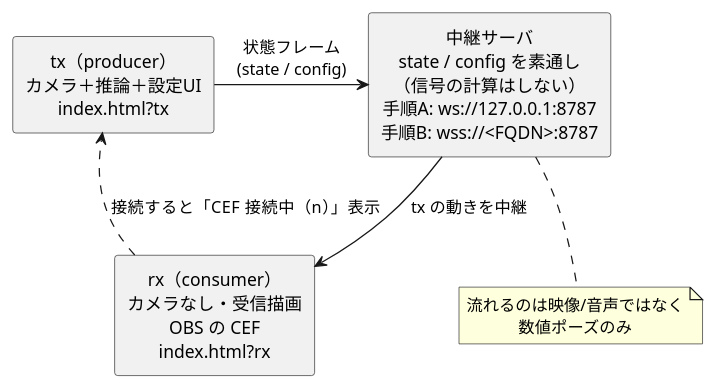
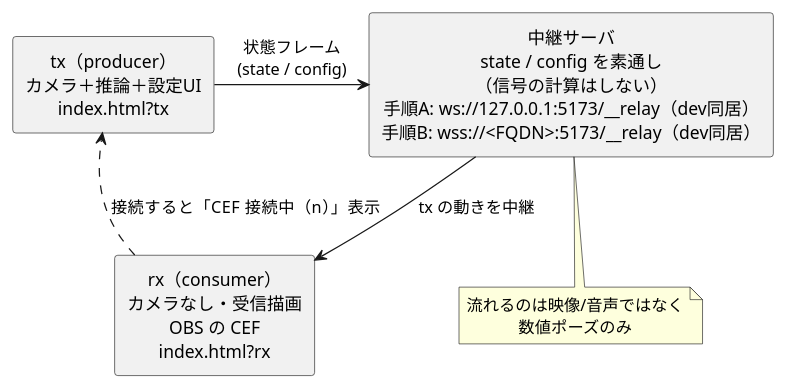
The diagram in docs-camera/08-WS中継の接続手順.md (tommie-jp/tomari-guruguru), drawn with PlantUML before and after one commit. The commit also changed other lines of this file and 3 other files, not shown here.

````diff
--- a/docs-camera/08-WS中継の接続手順.md
+++ b/docs-camera/08-WS中継の接続手順.md
@@ -26,20 +32,20 @@
 ```plantuml
 @startuml
 skinparam componentStyle rectangle
 skinparam shadowing false
 skinparam defaultTextAlignment center
 
 [tx（producer）\nカメラ＋推論＋設定UI\nindex.html?tx] as TX
-[中継サーバ\nstate / config を素通し\n（信号の計算はしない）\n手順A: ws://127.0.0.1:8787\n手順B: wss://<FQDN>:8787] as RELAY
+[中継サーバ\nstate / config を素通し\n（信号の計算はしない）\n手順A: ws://127.0.0.1:5173/__relay（dev同居）\n手順B: wss://<FQDN>:5173/__relay（dev同居）] as RELAY
 [rx（consumer）\nカメラなし・受信描画\nOBS の CEF\nindex.html?rx] as RX
 
 TX -right-> RELAY : 状態フレーム\n(state / config)
 RELAY -right-> RX : tx の動きを中継
 RX ..> TX : 接続すると「CEF 接続中（n）」表示
 
 note bottom of RELAY
 流れるのは映像/音声ではなく
 数値ポーズのみ
 end note
 @enduml
 ```
````
